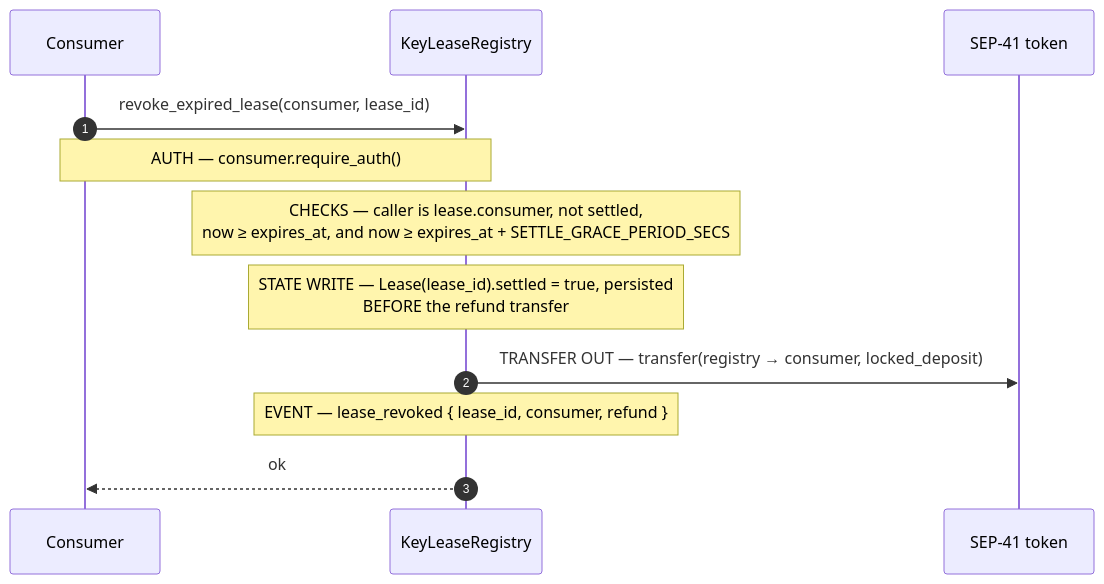
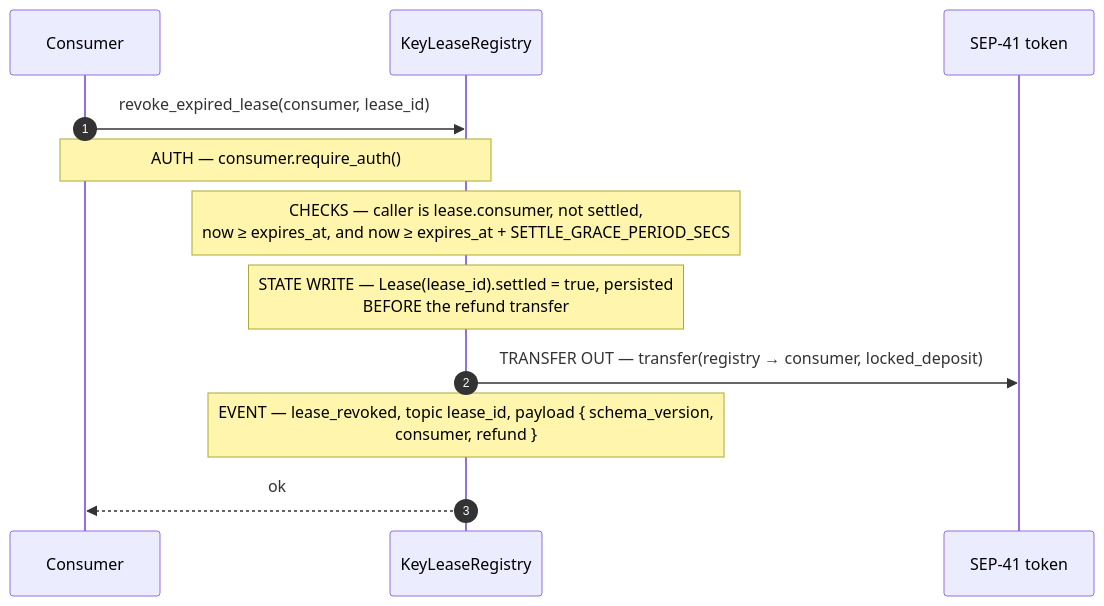
The fifth of 5 diagrams in docs/architecture.md (KeyLease-Security/keylease-core), drawn with Mermaid before and after one commit. The commit also changed other lines of this file and 2 other files, not shown here.

````diff
--- a/docs/architecture.md
+++ b/docs/architecture.md
@@ -170,15 +170,15 @@
 ```mermaid
 sequenceDiagram
     autonumber
     participant C as Consumer
     participant R as KeyLeaseRegistry
     participant T as SEP-41 token
 
     C->>R: revoke_expired_lease(consumer, lease_id)
     Note over C,R: AUTH — consumer.require_auth()
     Note over R: CHECKS — caller is lease.consumer, not settled,<br/>now ≥ expires_at, and now ≥ expires_at + SETTLE_GRACE_PERIOD_SECS
     Note over R: STATE WRITE — Lease(lease_id).settled = true, persisted<br/>BEFORE the refund transfer
     R->>T: TRANSFER OUT — transfer(registry → consumer, locked_deposit)
-    Note over R: EVENT — lease_revoked { lease_id, consumer, refund }
+    Note over R: EVENT — lease_revoked, topic lease_id, payload { schema_version,<br/>consumer, refund }
     R-->>C: ok
 ```
````
